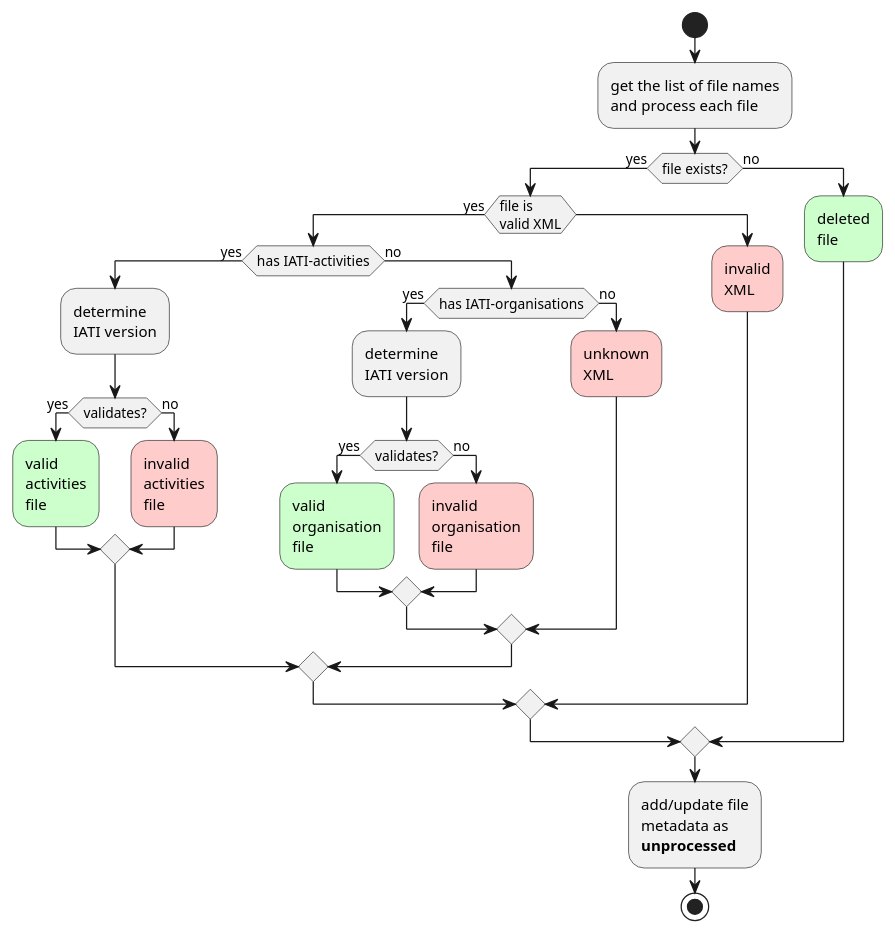
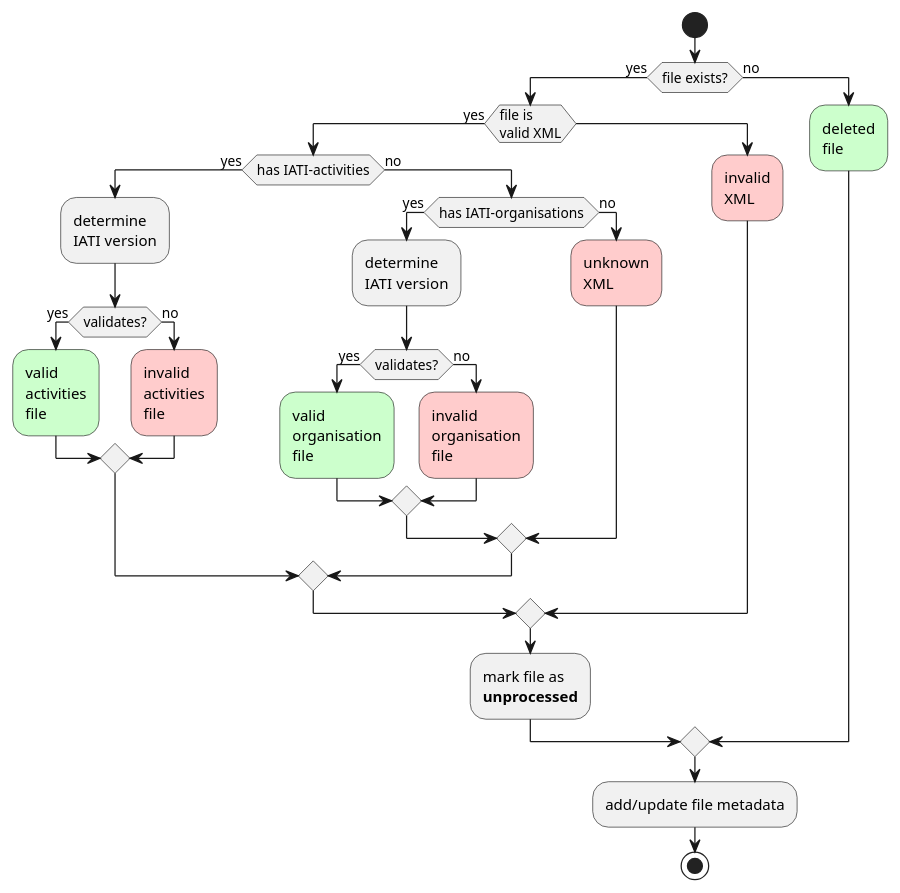
The third of 4 diagrams in doc/source/iati_files.rst (Nivocer/pdi.iati), drawn with PlantUML before and after one commit. The commit also changed other lines of this file and 2 other files, not shown here.

```diff
--- a/doc/source/iati_files.rst
+++ b/doc/source/iati_files.rst
@@ -75,62 +109,59 @@
 .. uml::
     @startuml
 
     start
    
-    :get the list of file names
-    and process each file;
-    
-
     if (file exists?) then (yes)
         if (file is\nvalid XML) then (yes)
         
             if (has IATI-activities) then (yes)
             
             :determine\nIATI version;
             if (validates?) then (yes)
                 #ccffcc:valid
                 activities
                 file;
             else (no)
                 #ffcccc:invalid
                 activities
                 file;
             endif
             
             else (no)
                 if (has IATI-organisations) then (yes)
 
                     :determine\nIATI version;
                     if (validates?) then (yes)
                         #ccffcc:valid
                         organisation
                         file;
                     else (no)
                         #ffcccc:invalid
                         organisation
                         file;
                     endif
                 
                 else (no)
                     #ffcccc:unknown
                     XML;
                 endif
             
             endif
         
         else
             #ffcccc:invalid
             XML;
         endif
+
+       :mark file as
+       <b>unprocessed;
         
     else (no)
         #ccffcc:deleted
         file;
     endif
 
-    :add/update file
-    metadata as
-    <b>unprocessed;
+    :add/update file metadata;
     stop
 
     @enduml
```
